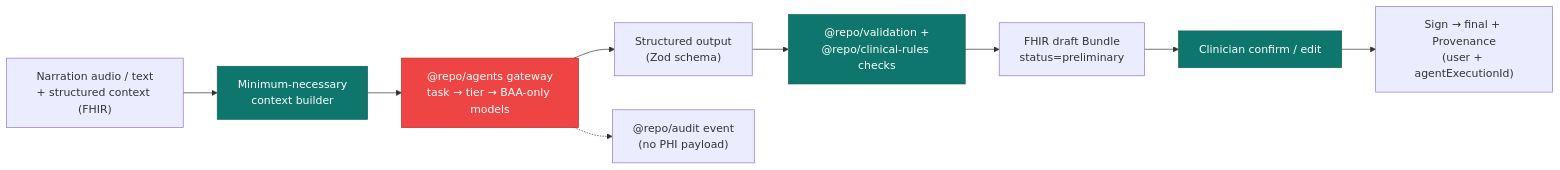
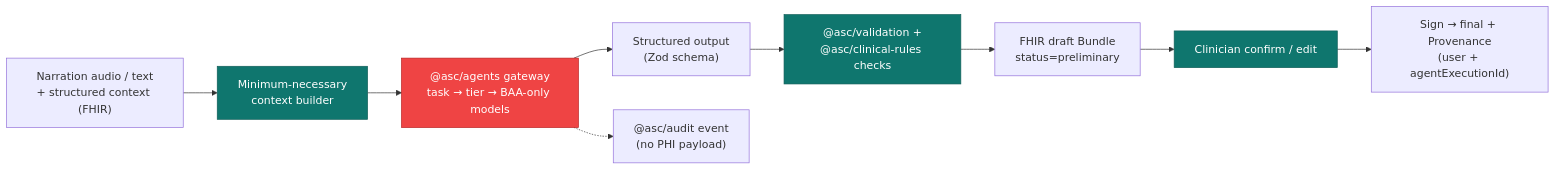
Before and after one commit to imRahul05/ASC-EHR: the fifth of 6 diagrams in docs/product/03-target-architecture.md, drawn with Mermaid. The commit also changed other lines of this file and 88 other files, not shown here.

First line of the commit message:
chore: rename internal package scope @repo/* -> @asc/*

````diff
--- a/docs/product/03-target-architecture.md
+++ b/docs/product/03-target-architecture.md
@@ -221,13 +221,13 @@
 ```mermaid
 flowchart LR
     classDef ai fill:#ef4444,color:#fff,stroke:#b91c1c
     classDef safe fill:#0f766e,color:#fff,stroke:#115e59
     In["Narration audio / text<br/>+ structured context (FHIR)"] --> Min["Minimum-necessary<br/>context builder"]:::safe
-    Min --> GW["@repo/agents gateway<br/>task → tier → BAA-only models"]:::ai
+    Min --> GW["@asc/agents gateway<br/>task → tier → BAA-only models"]:::ai
     GW --> Out["Structured output<br/>(Zod schema)"]
-    Out --> Val["@repo/validation +<br/>@repo/clinical-rules checks"]:::safe
+    Out --> Val["@asc/validation +<br/>@asc/clinical-rules checks"]:::safe
     Val --> Draft["FHIR draft Bundle<br/>status=preliminary"]
     Draft --> Human["Clinician confirm / edit"]:::safe
     Human --> Sign["Sign → final + Provenance<br/>(user + agentExecutionId)"]
-    GW -.-> AuditL["@repo/audit event<br/>(no PHI payload)"]
+    GW -.-> AuditL["@asc/audit event<br/>(no PHI payload)"]
 ```
````
